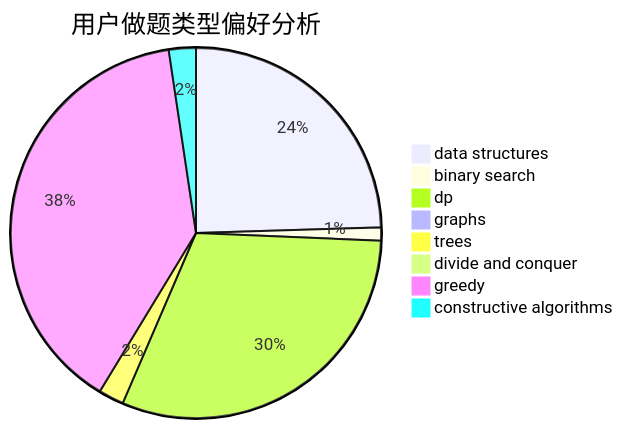
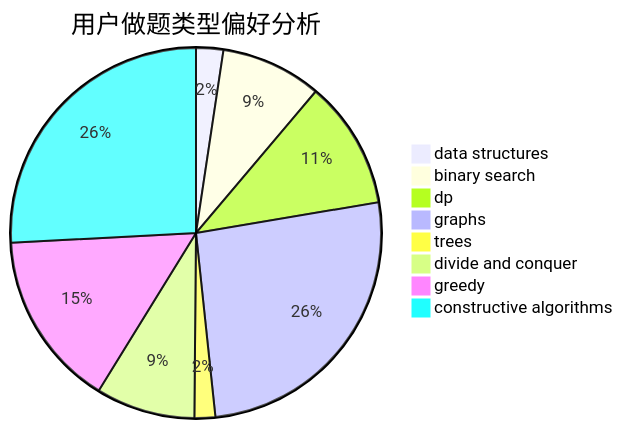
One commit to sherpahu/cfrs.github.io changed the second of 3 diagrams in docs/user/u1728.md. Above: the diagram before and after it, drawn with Mermaid. The commit also changed other lines of this file and 2770 other files, not shown here.

````diff
--- a/docs/user/u1728.md
+++ b/docs/user/u1728.md
@@ -23,11 +23,11 @@
 ```mermaid
 pie title 用户做题类型偏好分析
-    "data structures" :  343
-    "binary search" :  16
-    "dp" :  431
-    "graphs" :  11
-    "trees" :  31
-    "divide and conquer" :  8
-    "greedy" :  545
-    "constructive algorithms" :  33
+    "data structures" :  17
+    "binary search" :  63
+    "dp" :  80
+    "graphs" :  186
+    "trees" :  13
+    "divide and conquer" :  62
+    "greedy" :  110
+    "constructive algorithms" :  185
 ```
````
